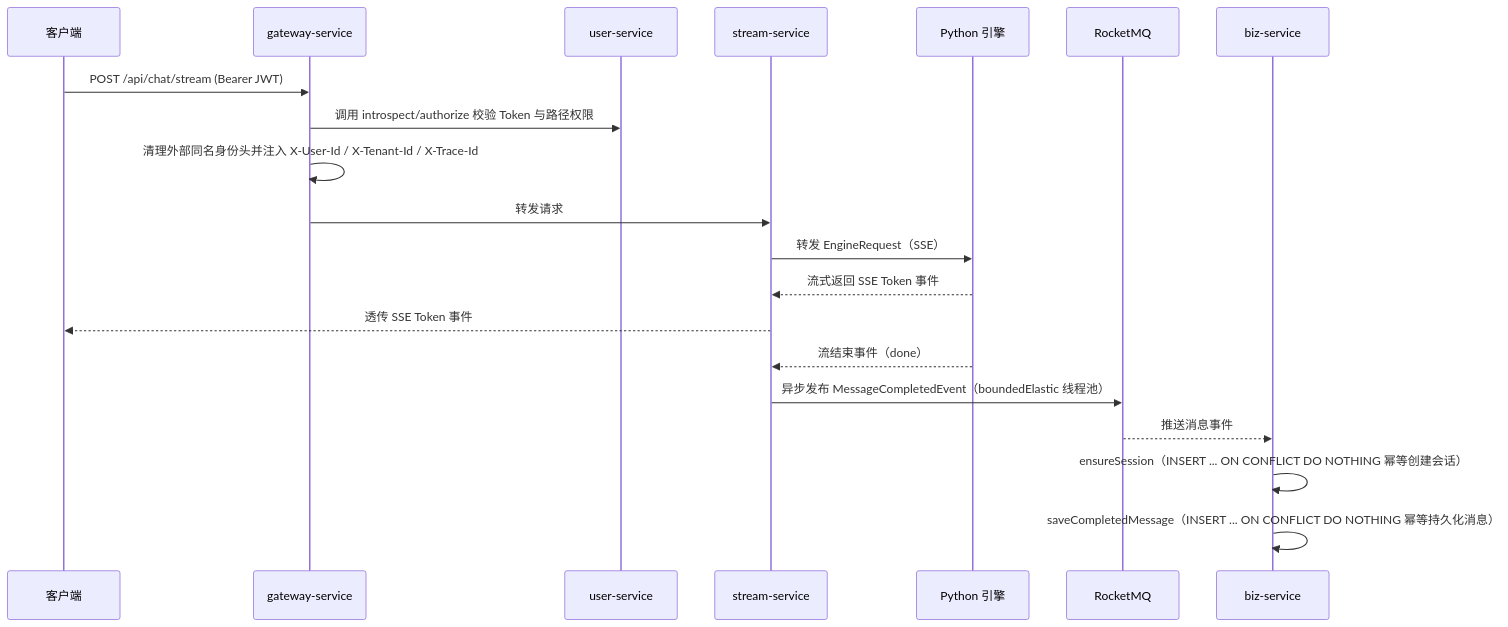
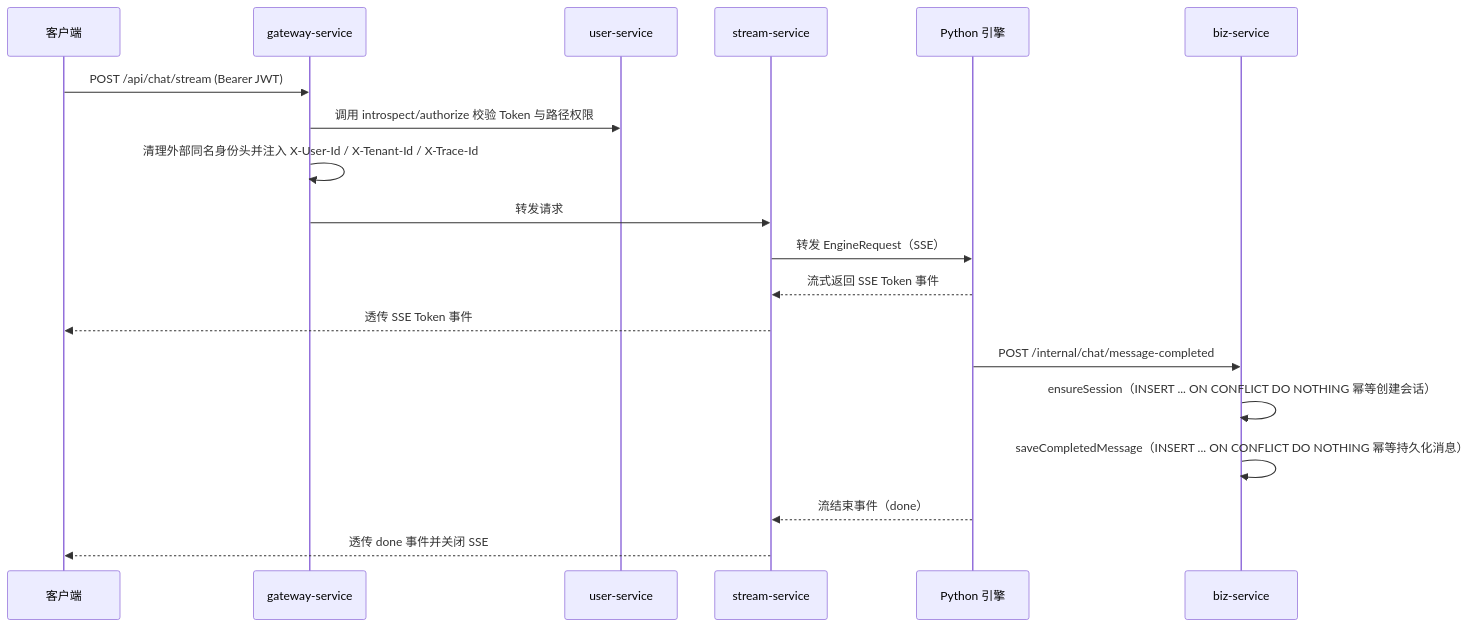
Before and after one commit to Pymjl/ai-customer-service-platform: the first of 3 diagrams in docs/sdd/初始化Java服务.md, drawn with Mermaid. The commit also changed other lines of this file and 25 other files, not shown here.

````diff
--- a/docs/sdd/初始化Java服务.md
+++ b/docs/sdd/初始化Java服务.md
@@ -90,23 +90,22 @@
 ```mermaid
 sequenceDiagram
     participant C as 客户端
     participant G as gateway-service
     participant U as user-service
     participant S as stream-service
     participant P as Python 引擎
-    participant MQ as RocketMQ
     participant B as biz-service
 
     C->>G: POST /api/chat/stream (Bearer JWT)
     G->>U: 调用 introspect/authorize 校验 Token 与路径权限
     G->>G: 清理外部同名身份头并注入 X-User-Id / X-Tenant-Id / X-Trace-Id
     G->>S: 转发请求
     S->>P: 转发 EngineRequest（SSE）
     P-->>S: 流式返回 SSE Token 事件
     S-->>C: 透传 SSE Token 事件
-    P-->>S: 流结束事件（done）
-    S->>MQ: 异步发布 MessageCompletedEvent（boundedElastic 线程池）
-    MQ-->>B: 推送消息事件
+    P->>B: POST /internal/chat/message-completed
     B->>B: ensureSession（INSERT ... ON CONFLICT DO NOTHING 幂等创建会话）
     B->>B: saveCompletedMessage（INSERT ... ON CONFLICT DO NOTHING 幂等持久化消息）
+    P-->>S: 流结束事件（done）
+    S-->>C: 透传 done 事件并关闭 SSE
 ```
````
